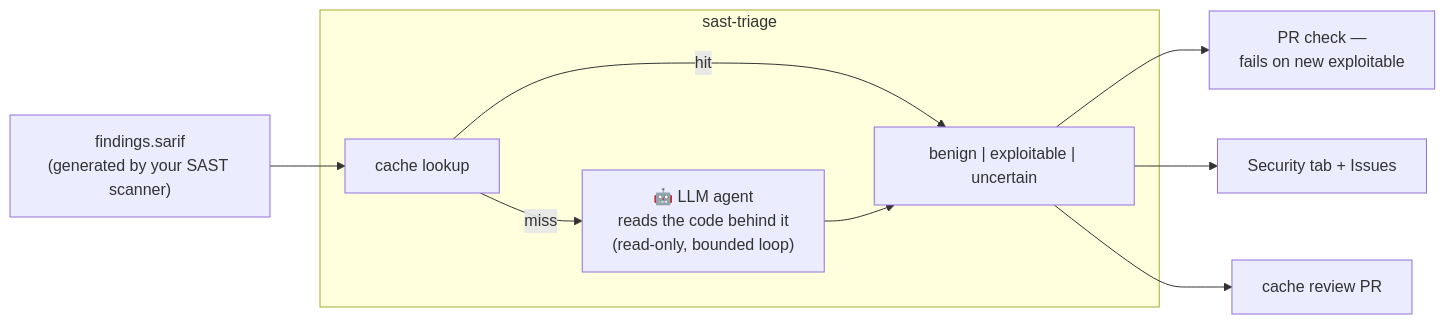
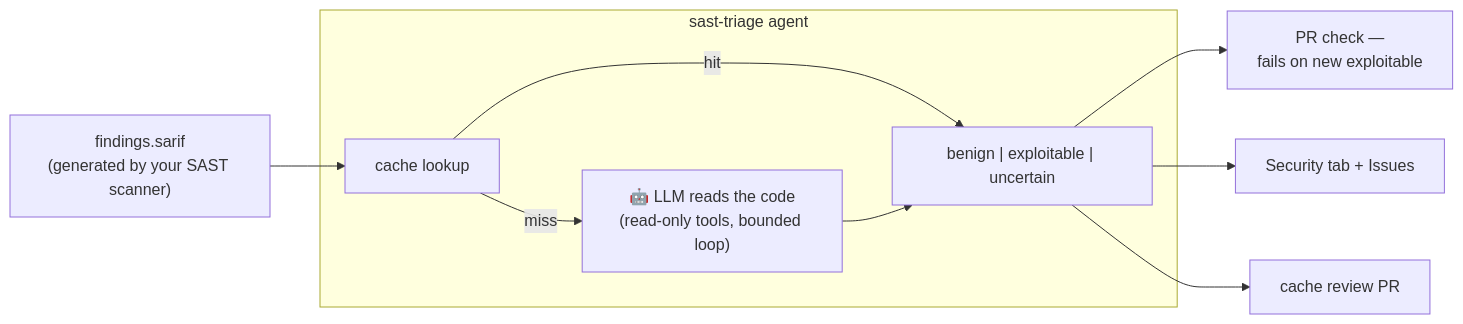
The diagram in README.md (alexpermiakov/sast-triage), drawn with Mermaid before and after one commit. The commit also changed other lines of this file and 3 other files, not shown here.

````diff
--- a/README.md
+++ b/README.md
@@ -12,12 +12,12 @@
 ```mermaid
 graph LR
-    subgraph T["sast-triage"]
+    subgraph T["sast-triage agent"]
         B["cache lookup"] -->|hit| V["benign | exploitable | uncertain"]
-        B -->|miss| E["🤖 LLM agent<br/>reads the code behind it<br/>(read-only, bounded loop)"]
+        B -->|miss| E["🤖 LLM reads the code<br/>(read-only tools, bounded loop)"]
         E --> V
     end
     A["findings.sarif<br/>(generated by your SAST scanner)"] --> B
     V --> G["PR check —<br/>fails on new exploitable"]
     V --> H["Security tab + Issues"]
     V --> P["cache review PR"]
 ```
````
